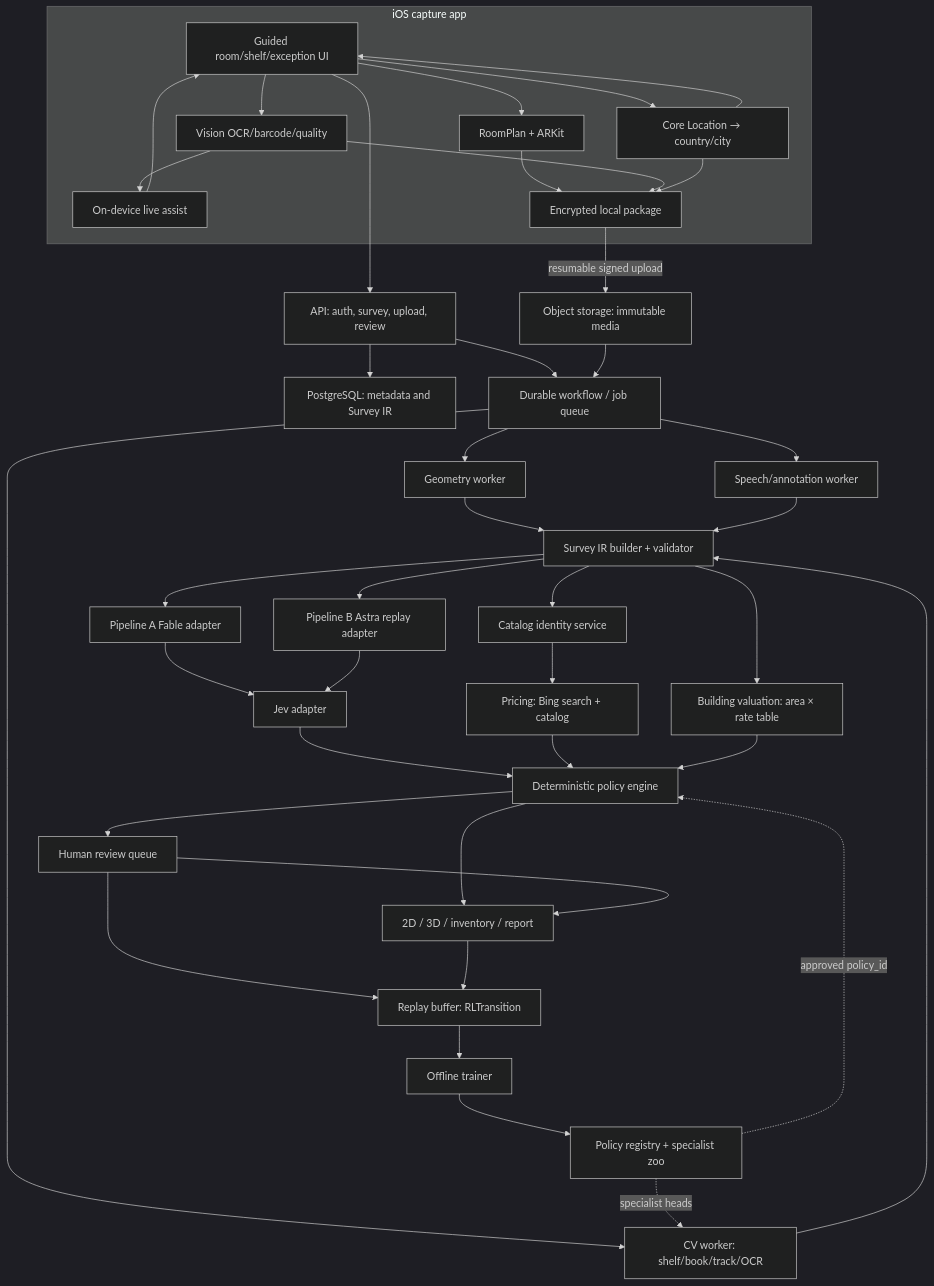
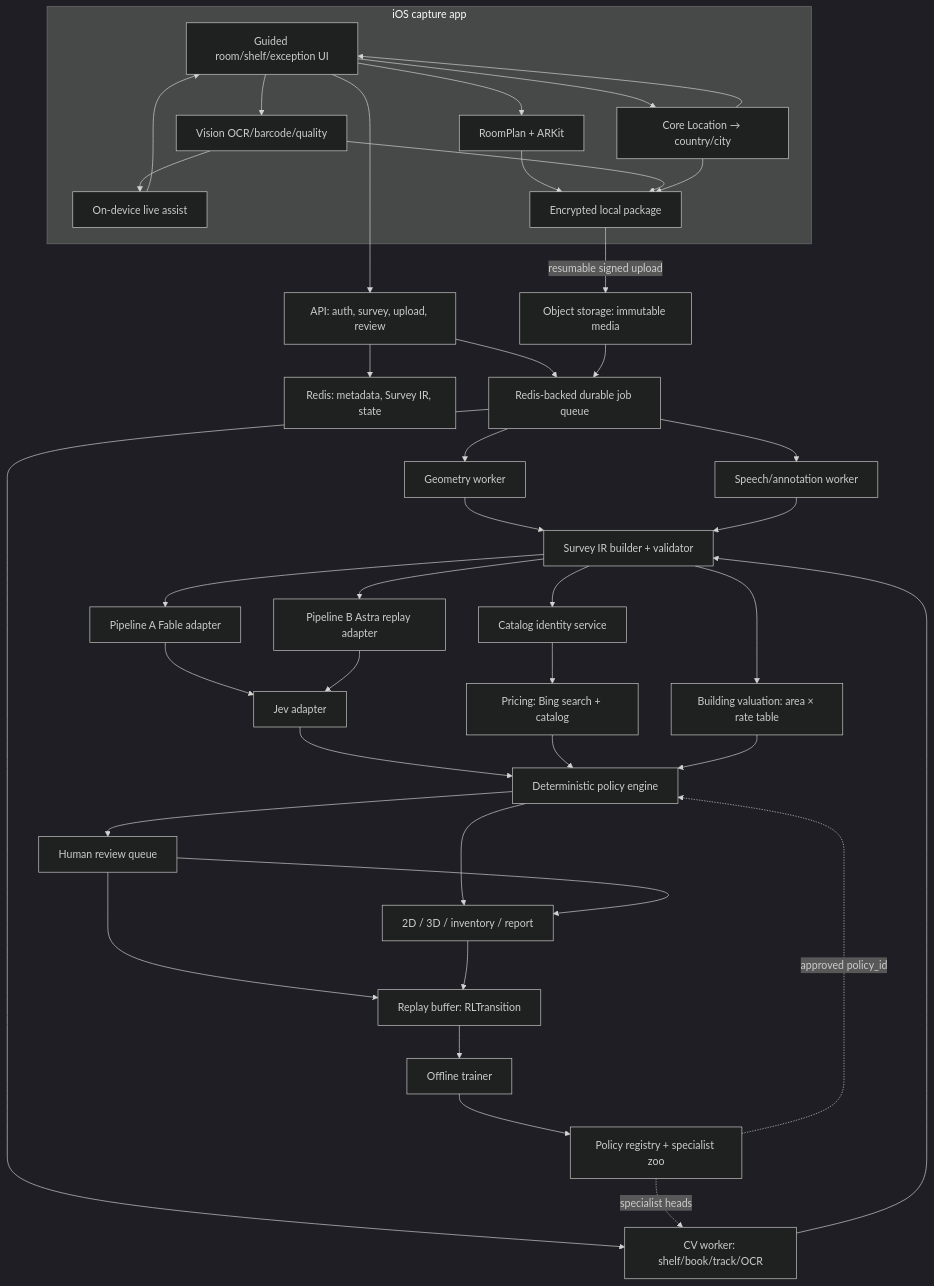
Before and after one commit to harshsinha-12/library-estimate: the sixth of 8 diagrams in FINAL-PLAN.md, drawn with Mermaid (dark theme). The commit also changed other lines of this file and 9 other files, not shown here.

````diff
--- a/FINAL-PLAN.md
+++ b/FINAL-PLAN.md
@@ -925,53 +927,53 @@
 ```mermaid
 flowchart TB
   subgraph Phone["iOS capture app"]
     UI["Guided room/shelf/exception UI"]
     RP["RoomPlan + ARKit"]
     LV["Vision OCR/barcode/quality"]
     LA["On-device live assist"]
     CL["Core Location → country/city"]
     LS["Encrypted local package"]
     UI --> RP
     UI --> LV
     UI --> CL
     LV --> LA
     LA --> UI
     CL --> UI
     RP --> LS
     LV --> LS
     CL --> LS
   end
 
   LS -->|"resumable signed upload"| OBJ["Object storage: immutable media"]
   UI --> API["API: auth, survey, upload, review"]
-  API --> DB["PostgreSQL: metadata and Survey IR"]
-  API --> WF["Durable workflow / job queue"]
+  API --> DB["Redis: metadata, Survey IR, state"]
+  API --> WF["Redis-backed durable job queue"]
   OBJ --> WF
 
   WF --> GEO["Geometry worker"]
   WF --> CV["CV worker: shelf/book/track/OCR"]
   WF --> STT["Speech/annotation worker"]
   GEO --> IR["Survey IR builder + validator"]
   CV --> IR
   STT --> IR
 
   IR --> CAT["Catalog identity service"]
   CAT --> PRICE["Pricing: Bing search + catalog"]
   IR --> BVAL["Building valuation: area × rate table"]
   IR --> PA["Pipeline A Fable adapter"]
   IR --> PB["Pipeline B Astra replay adapter"]
   PA --> JEV["Jev adapter"]
   PB --> JEV
   JEV --> POL["Deterministic policy engine"]
   PRICE --> POL
   BVAL --> POL
   POL --> REVIEW["Human review queue"]
   POL --> REPORT["2D / 3D / inventory / report"]
   REVIEW --> REPORT
   REVIEW --> BUF["Replay buffer: RLTransition"]
   REPORT --> BUF
   BUF --> TRAIN["Offline trainer"]
   TRAIN --> REG["Policy registry + specialist zoo"]
   REG -.->|approved policy_id| POL
   REG -.->|specialist heads| CV
 ```
````
